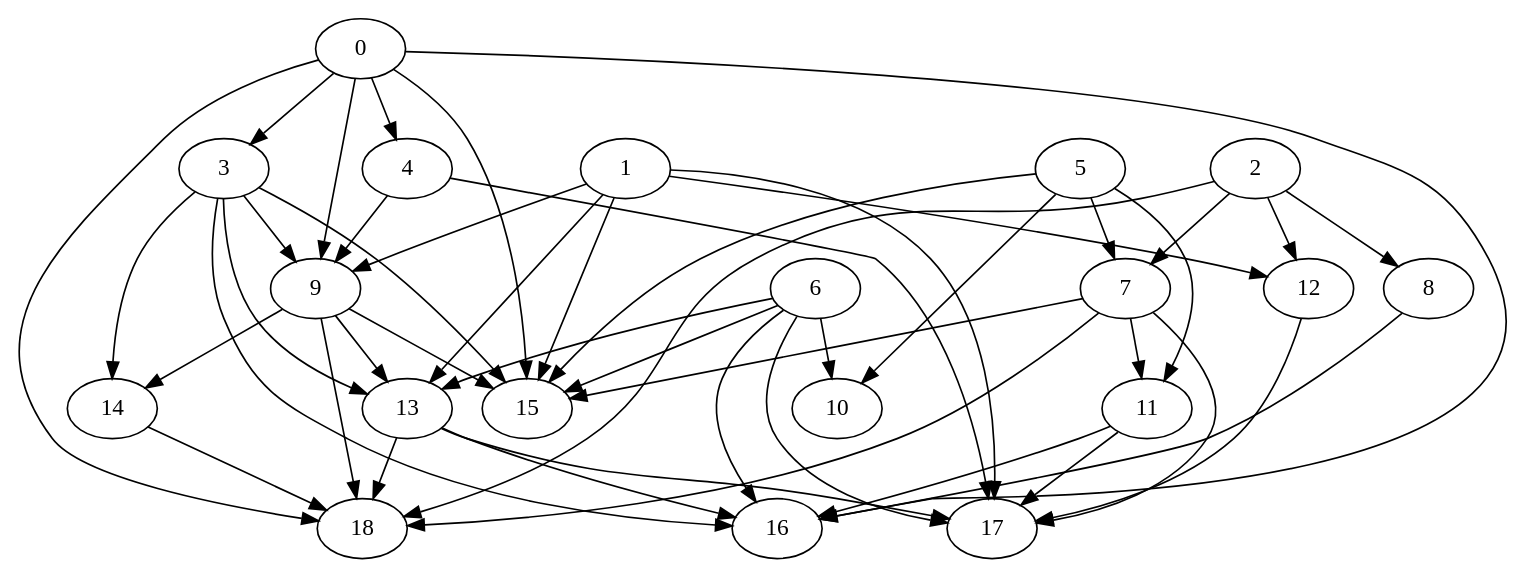
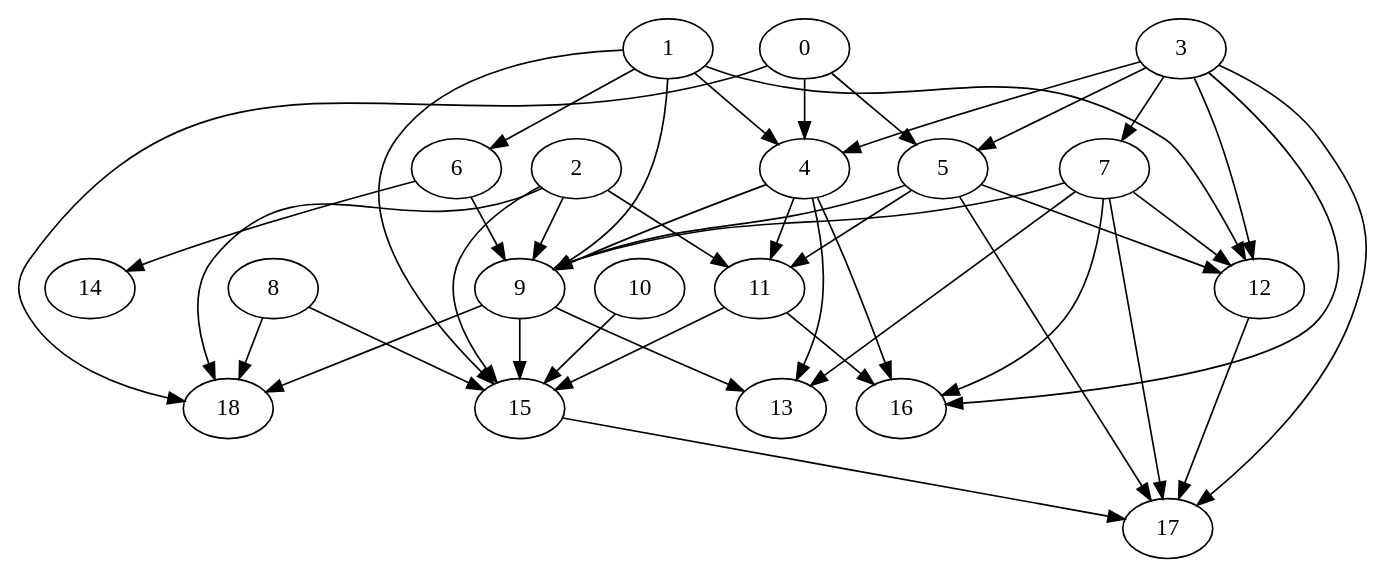
The diagram in src/DAG.dot (clussificate/STRATEGIC_INVENTORY), drawn with Graphviz before and after one commit. The commit also changed 6 other files, not shown here.

```diff
--- a/src/DAG.dot
+++ b/src/DAG.dot
@@ -1,49 +1,45 @@
 strict digraph "" {
-	0 -> 3;
 	0 -> 4;
-	0 -> 9;
-	0 -> 15;
-	0 -> 16;
+	0 -> 5;
 	0 -> 18;
-	3 -> 9;
-	3 -> 15;
-	3 -> 13;
-	3 -> 14;
+	4 -> 9;
+	4 -> 11;
+	4 -> 13;
+	4 -> 16;
+	5 -> 9;
+	5 -> 12;
+	5 -> 11;
+	5 -> 17;
+	1 -> 4;
+	1 -> 6;
+	1 -> 9;
+	1 -> 12;
+	1 -> 15;
+	6 -> 9;
+	6 -> 14;
+	3 -> 4;
+	3 -> 5;
+	3 -> 7;
+	3 -> 12;
 	3 -> 16;
-	4 -> 9;
-	4 -> 17;
+	3 -> 17;
+	7 -> 9;
+	7 -> 12;
+	7 -> 13;
+	7 -> 16;
+	7 -> 17;
 	9 -> 15;
 	9 -> 13;
-	9 -> 14;
 	9 -> 18;
-	1 -> 9;
-	1 -> 15;
-	1 -> 12;
-	1 -> 13;
-	1 -> 17;
-	2 -> 7;
-	2 -> 8;
-	2 -> 12;
+	12 -> 17;
+	2 -> 9;
+	2 -> 11;
+	2 -> 15;
 	2 -> 18;
-	7 -> 15;
-	7 -> 11;
-	7 -> 18;
-	7 -> 17;
-	8 -> 16;
-	5 -> 7;
-	5 -> 10;
-	5 -> 15;
-	5 -> 11;
-	6 -> 10;
-	6 -> 15;
-	6 -> 13;
-	6 -> 16;
-	6 -> 17;
-	12 -> 17;
-	13 -> 16;
-	13 -> 18;
-	13 -> 17;
-	14 -> 18;
+	11 -> 15;
 	11 -> 16;
-	11 -> 17;
+	15 -> 17;
+	8 -> 15;
+	8 -> 18;
+	10 -> 15;
 }
```
